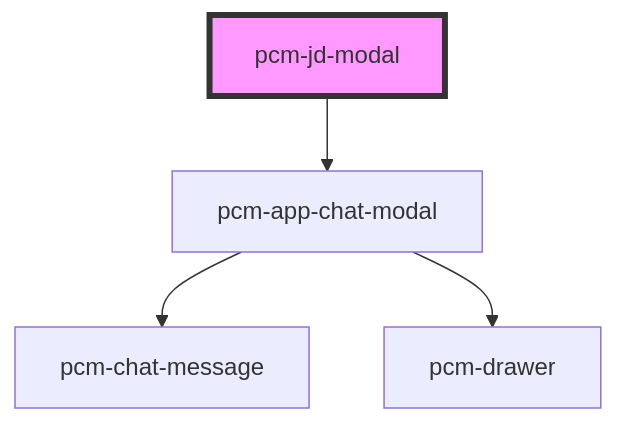
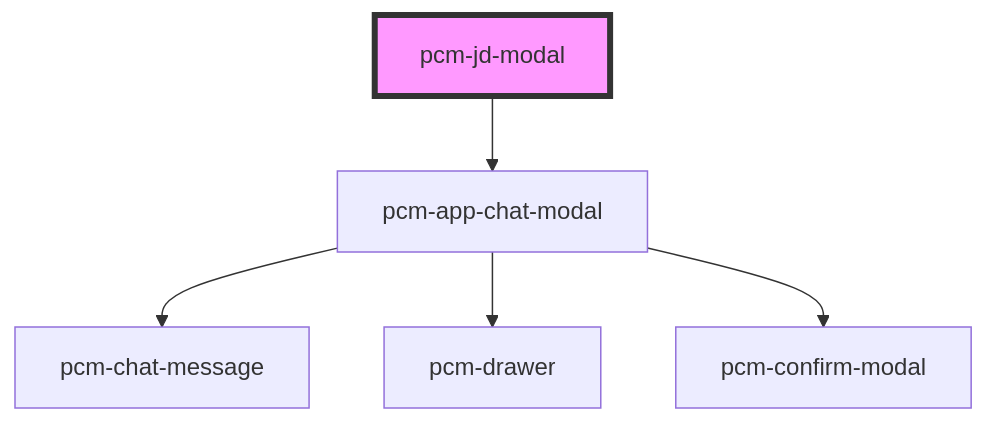
Before and after one commit to Pincaimao/pcm-agents-sdk: the diagram in packages/pcm-agents/docs/components/pcm-jd-modal/readme.md, drawn with Mermaid. The commit also changed 28 other files, not shown here.

````diff
--- a/packages/pcm-agents/docs/components/pcm-jd-modal/readme.md
+++ b/packages/pcm-agents/docs/components/pcm-jd-modal/readme.md
@@ -47,7 +47,8 @@
 ```mermaid
 graph TD;
   pcm-jd-modal --> pcm-app-chat-modal
   pcm-app-chat-modal --> pcm-chat-message
   pcm-app-chat-modal --> pcm-drawer
+  pcm-app-chat-modal --> pcm-confirm-modal
   style pcm-jd-modal fill:#f9f,stroke:#333,stroke-width:4px
 ```
````
